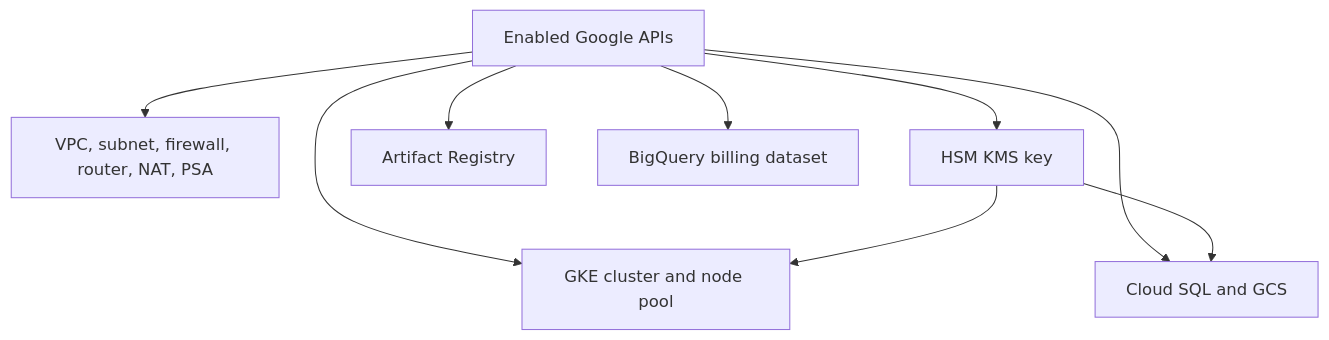
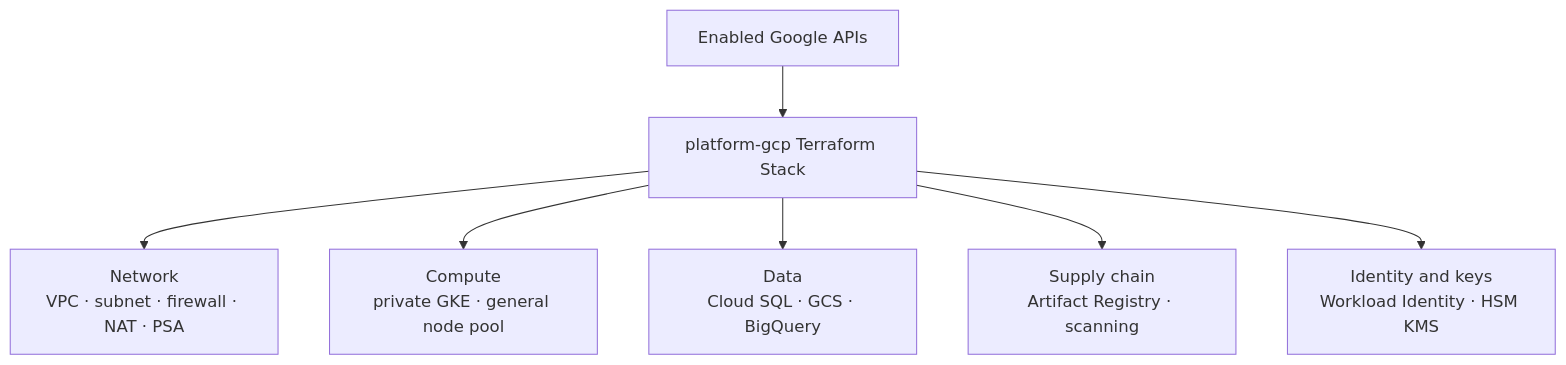
Before and after one commit to pilprod/yourown-chat: the fourth of 9 diagrams in README.md, drawn with Mermaid. The commit also changed other lines of this file and 1 other file, not shown here.

Commit message:
docs: update billing export instructions for clarity and accuracy

````diff
--- a/README.md
+++ b/README.md
@@ -103,11 +104,9 @@
 ```mermaid
 flowchart TB
-  API["Enabled Google APIs"] --> N["VPC, subnet, firewall, router, NAT, PSA"]
-  API --> K["HSM KMS key"]
-  API --> C["GKE cluster and node pool"]
-  API --> Q["Cloud SQL and GCS"]
-  API --> R["Artifact Registry"]
-  API --> B["BigQuery billing dataset"]
-  K --> C
-  K --> Q
+  API["Enabled Google APIs"] --> TF["platform-gcp Terraform Stack"]
+  TF --> N["Network<br/>VPC · subnet · firewall · NAT · PSA"]
+  TF --> C["Compute<br/>private GKE · general node pool"]
+  TF --> D["Data<br/>Cloud SQL · GCS · BigQuery"]
+  TF --> S["Supply chain<br/>Artifact Registry · scanning"]
+  TF --> I["Identity and keys<br/>Workload Identity · HSM KMS"]
 ```
````
